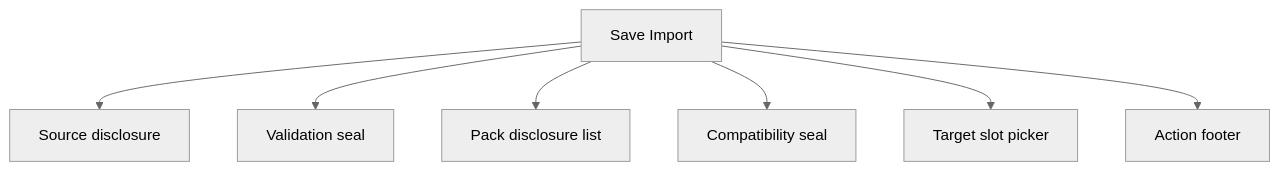
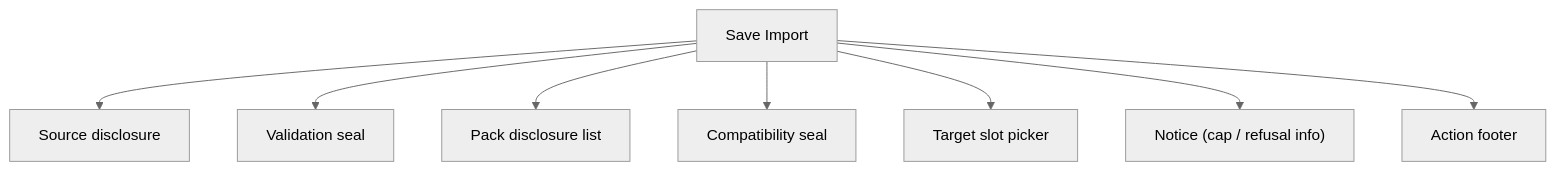
Before and after one commit to SunaNoOshiro/Heroes_Reforged_AI_Realms: the first of 3 diagrams in docs/architecture/wiki/screens/70-save-import/architecture.md, drawn with Mermaid (neutral theme). The commit also changed other lines of this file and 518 other files, not shown here.

First line of the commit message:
Add doc-audit skill and sweep architecture/screen docs

````diff
--- a/docs/architecture/wiki/screens/70-save-import/architecture.md
+++ b/docs/architecture/wiki/screens/70-save-import/architecture.md
@@ -18,16 +19,18 @@
 ```mermaid
 flowchart TD
   Root["Save Import"]
   C0["Source disclosure"]
   Root --> C0
   C1["Validation seal"]
   Root --> C1
   C2["Pack disclosure list"]
   Root --> C2
   C3["Compatibility seal"]
   Root --> C3
   C4["Target slot picker"]
   Root --> C4
-  C5["Action footer"]
+  C5["Notice (cap / refusal info)"]
   Root --> C5
+  C6["Action footer"]
+  Root --> C6
 ```
````
